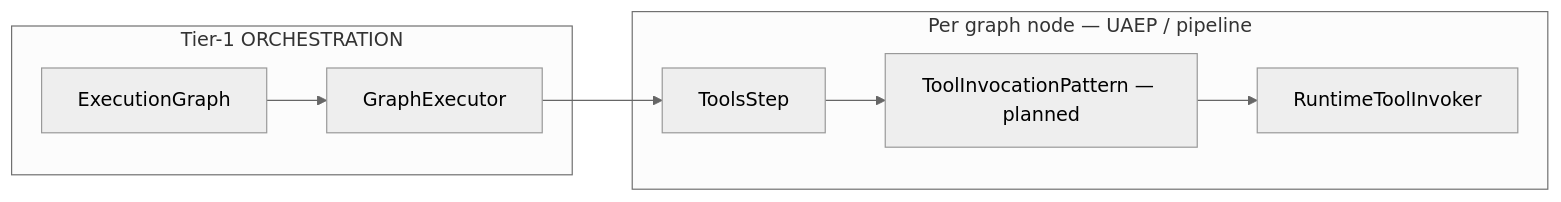
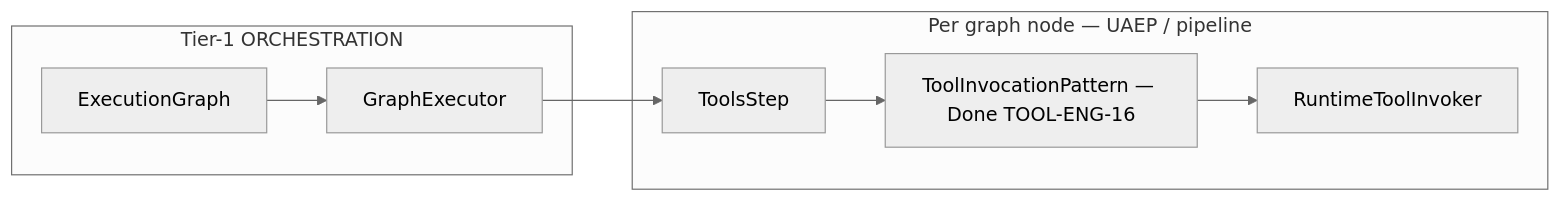
Before and after one commit to jakbuczarnecki/intergrax: diagram 12 of 15 in docs/architecture/NEXUS_EXECUTION_FLOW.md, drawn with Mermaid (neutral theme). The commit also changed other lines of this file and 8 other files, not shown here.

Commit message:
sync: tools and nexus execution flow and reasoning

````diff
--- a/docs/architecture/NEXUS_EXECUTION_FLOW.md
+++ b/docs/architecture/NEXUS_EXECUTION_FLOW.md
@@ -843,16 +843,16 @@
 ```mermaid
 flowchart LR
     subgraph Graph["Tier-1 ORCHESTRATION"]
         EG[ExecutionGraph]
         GE[GraphExecutor]
     end
 
     subgraph Node["Per graph node — UAEP / pipeline"]
         TS[ToolsStep]
-        TIP[ToolInvocationPattern — planned]
+        TIP[ToolInvocationPattern — Done TOOL-ENG-16]
         RTI[RuntimeToolInvoker]
     end
 
     EG --> GE --> TS
     TS --> TIP --> RTI
 ```
````
